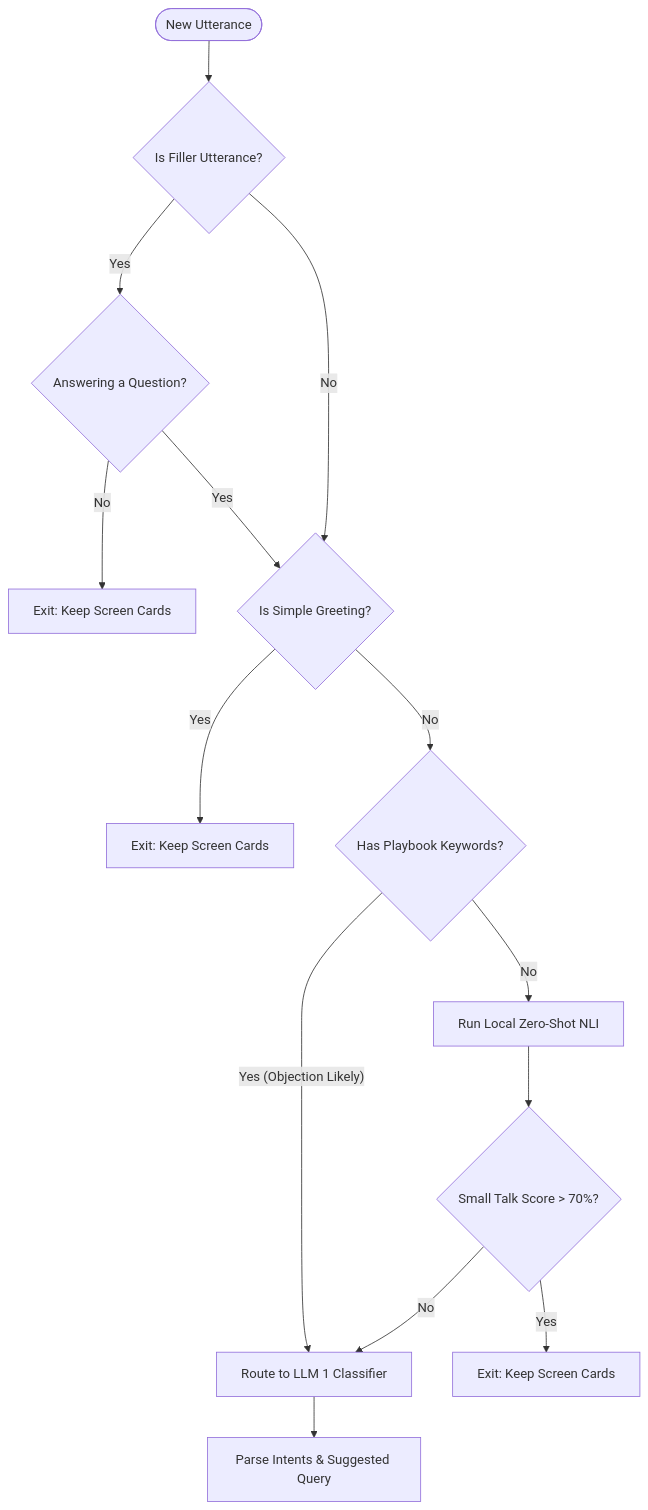
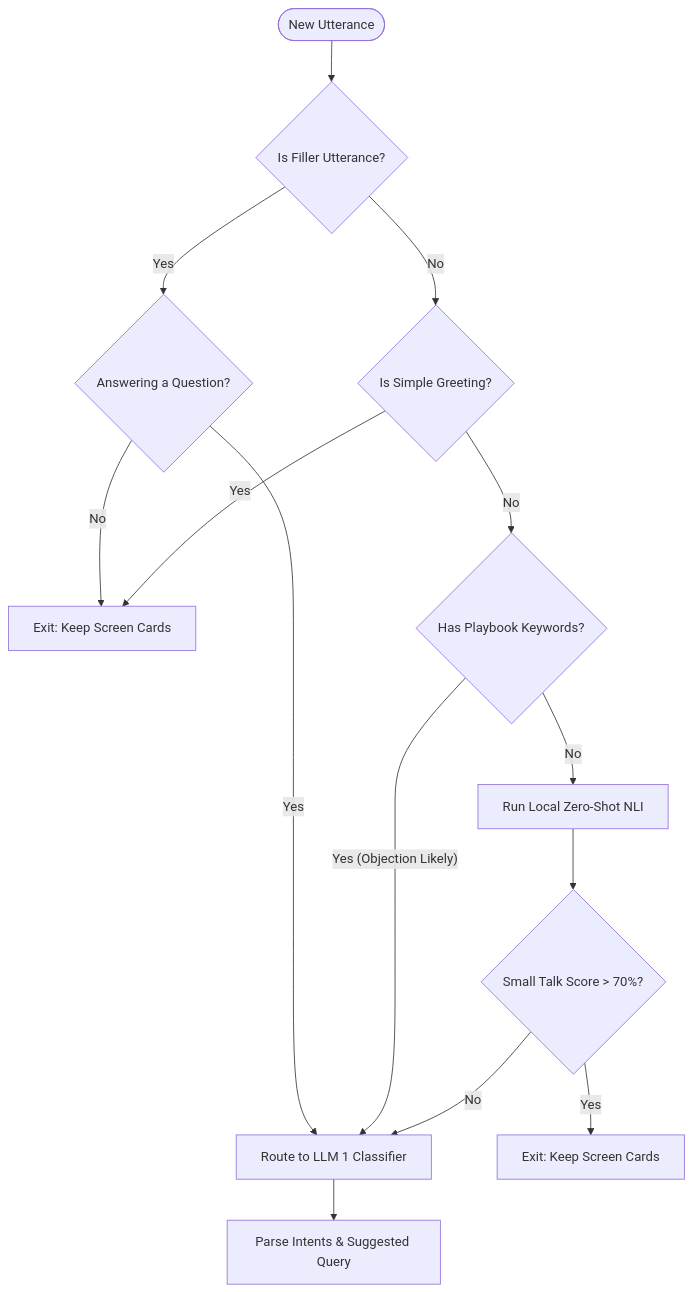
Before and after one commit to saranganet/arkham: the diagram in refer/gatekeeper_merger_pipeline.md, drawn with Mermaid. The commit also changed 1 other file, not shown here.

Commit message:
correct isRespondingToQuestion flow to route directly to LLM 1

````diff
--- a/refer/gatekeeper_merger_pipeline.md
+++ b/refer/gatekeeper_merger_pipeline.md
@@ -9,22 +9,22 @@
 ```mermaid
 flowchart TD
     A([New Utterance]) --> B{Is Filler Utterance?}
     
     B -->|Yes| B_QA{Answering a Question?}
     B_QA -->|No| Exit1[Exit: Keep Screen Cards]
-    B_QA -->|Yes| C{Is Simple Greeting?}
+    B_QA -->|Yes| F[Route to LLM 1 Classifier]
     
-    B -->|No| C
+    B -->|No| C{Is Simple Greeting?}
     
-    C -->|Yes| Exit2[Exit: Keep Screen Cards]
+    C -->|Yes| Exit1
     C -->|No| D{Has Playbook Keywords?}
     
     D -->|"Yes (Objection Likely)"| F[Route to LLM 1 Classifier]
     D -->|No| E[Run Local Zero-Shot NLI]
     
     E --> G{"Small Talk Score > 70%?"}
     G -->|Yes| Exit3[Exit: Keep Screen Cards]
     G -->|No| F
     
     F --> H[Parse Intents & Suggested Query]
 ```
````
